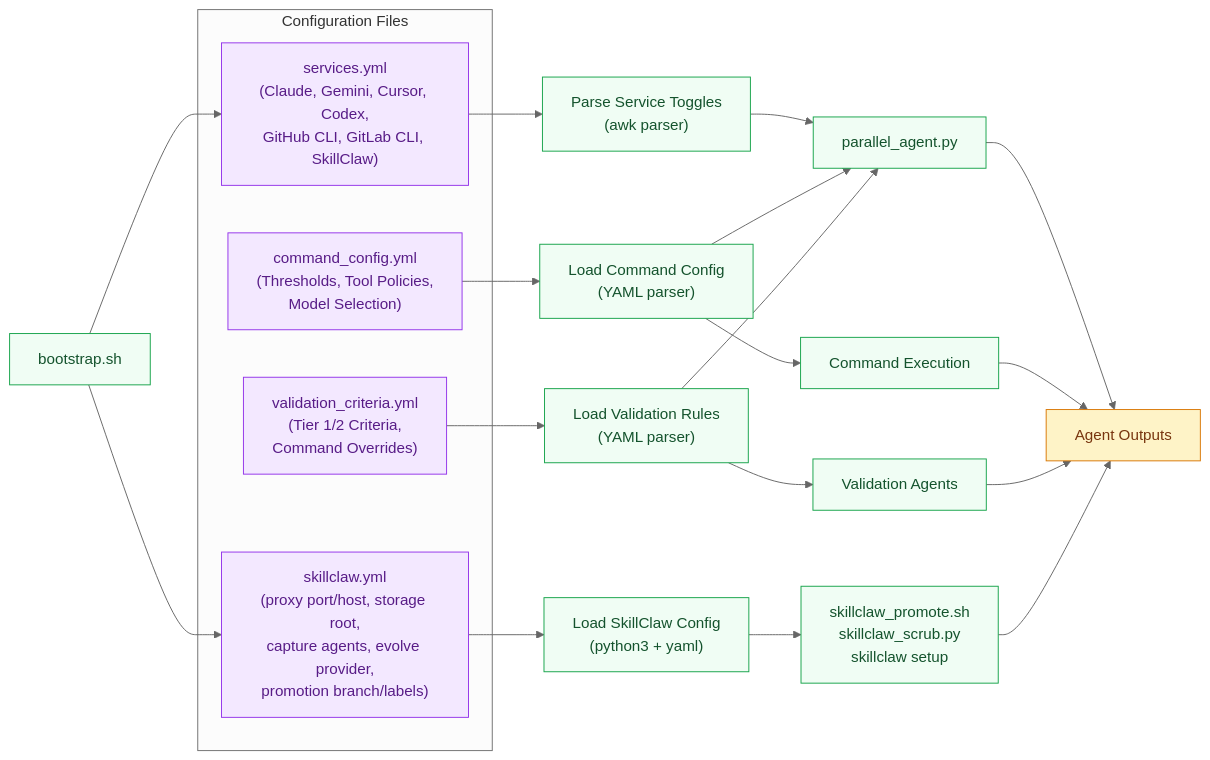
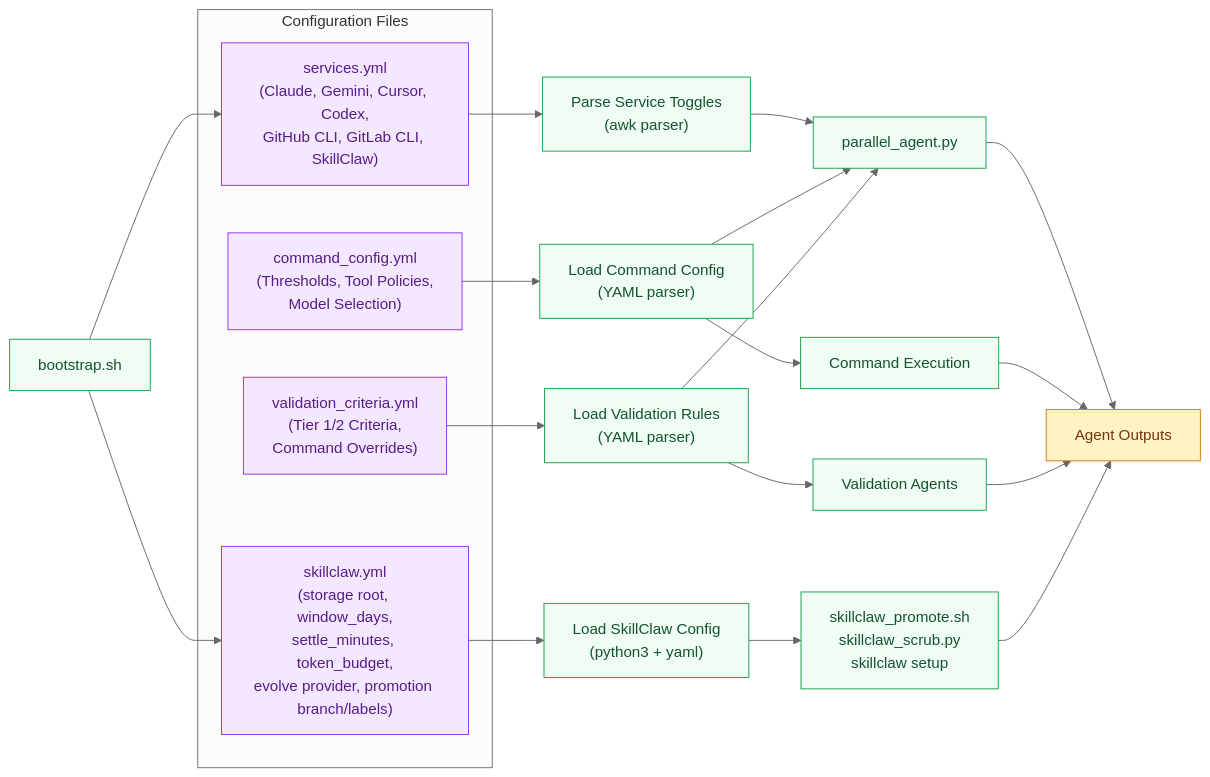
One commit to RB-chrismandich/Manifest changed the tenth of 15 diagrams in docs/ARCHITECTURE_DIAGRAMS.md. Above: the diagram before and after it, drawn with Mermaid. The commit also changed other lines of this file and 4 other files, not shown here.

First line of the commit message:
docs(skillclaw): purge proxy model from reference docs (config, diagrams, troubleshooting, READMEs)

````diff
--- a/docs/ARCHITECTURE_DIAGRAMS.md
+++ b/docs/ARCHITECTURE_DIAGRAMS.md
@@ -875,47 +875,47 @@
 ```mermaid
 %%{init: {'theme':'neutral'}}%%
 flowchart LR
     classDef config fill:#f3e8ff,stroke:#9333ea,color:#581c87
     classDef process fill:#f0fdf4,stroke:#16a34a,color:#14532d
     classDef output fill:#fef3c7,stroke:#d97706,color:#78350f
 
     BOOTSTRAP["bootstrap.sh"]:::process
 
     subgraph "Configuration Files"
         SERVICES["services.yml<br/>(Claude, Gemini, Cursor, Codex,<br/>GitHub CLI, GitLab CLI, SkillClaw)"]:::config
         COMMAND_CFG["command_config.yml<br/>(Thresholds, Tool Policies,<br/>Model Selection)"]:::config
         VALIDATION["validation_criteria.yml<br/>(Tier 1/2 Criteria,<br/>Command Overrides)"]:::config
-        SKILLCLAW_CFG["skillclaw.yml<br/>(proxy port/host, storage root,<br/>capture agents, evolve provider,<br/>promotion branch/labels)"]:::config
+        SKILLCLAW_CFG["skillclaw.yml<br/>(storage root, window_days,<br/>settle_minutes, token_budget,<br/>evolve provider, promotion branch/labels)"]:::config
     end
 
     PARSE_SERVICES["Parse Service Toggles<br/>(awk parser)"]:::process
     PARSE_COMMAND["Load Command Config<br/>(YAML parser)"]:::process
     PARSE_VALID["Load Validation Rules<br/>(YAML parser)"]:::process
     PARSE_SC["Load SkillClaw Config<br/>(python3 + yaml)"]:::process
 
     PARALLEL["parallel_agent.py"]:::process
     COMMANDS["Command Execution"]:::process
     VALIDATORS["Validation Agents"]:::process
     SKILLCLAW_RUNTIME["skillclaw_promote.sh\nskillclaw_scrub.py\nskillclaw setup"]:::process
 
     BOOTSTRAP --> SERVICES
     BOOTSTRAP --> SKILLCLAW_CFG
     SERVICES --> PARSE_SERVICES
     PARSE_SERVICES --> PARALLEL
 
     COMMAND_CFG --> PARSE_COMMAND
     PARSE_COMMAND --> PARALLEL
     PARSE_COMMAND --> COMMANDS
 
     VALIDATION --> PARSE_VALID
     PARSE_VALID --> VALIDATORS
     PARSE_VALID --> PARALLEL
 
     SKILLCLAW_CFG --> PARSE_SC
     PARSE_SC --> SKILLCLAW_RUNTIME
 
     PARALLEL --> RESULT["Agent Outputs"]:::output
     COMMANDS --> RESULT
     VALIDATORS --> RESULT
     SKILLCLAW_RUNTIME --> RESULT
 ```
````
